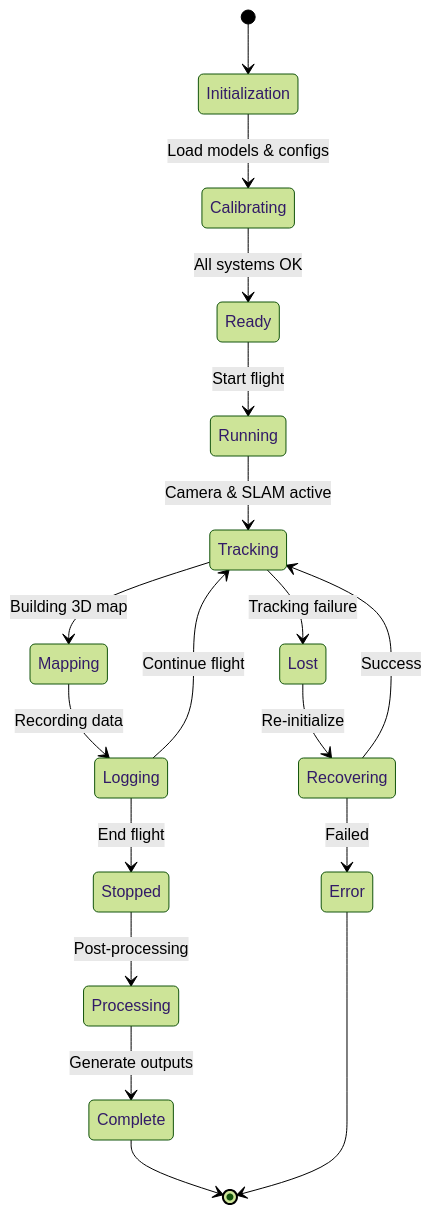
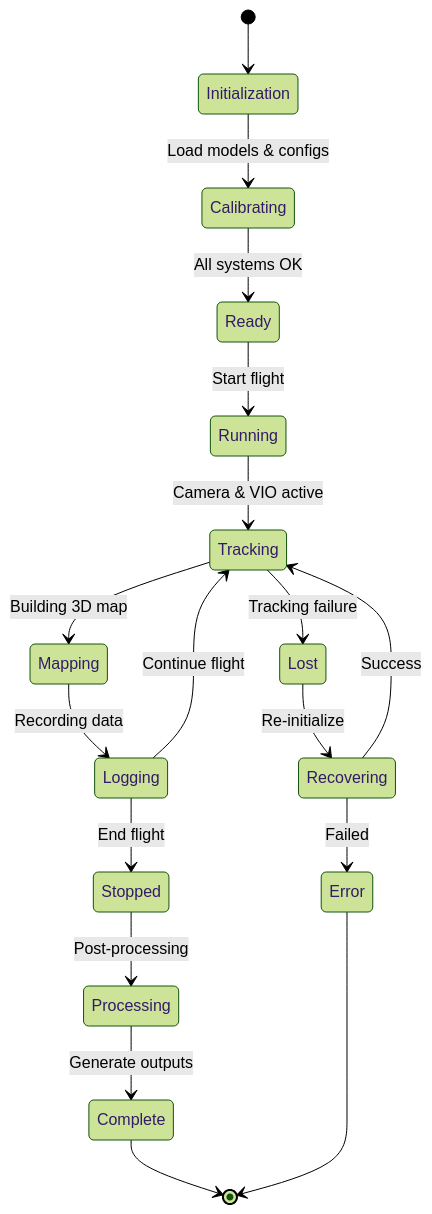
One commit to Shluo03/AirSniff changed the fifth of 6 diagrams in README.md. Above: the diagram before and after it, drawn with Mermaid (forest theme). The commit also changed other lines of this file, not shown here.

````diff
--- a/README.md
+++ b/README.md
@@ -137,24 +137,24 @@
 ```mermaid
 stateDiagram-v2
     [*] --> Initialization
     Initialization --> Calibrating: Load models & configs
     Calibrating --> Ready: All systems OK
     
     Ready --> Running: Start flight
-    Running --> Tracking: Camera & SLAM active
+    Running --> Tracking: Camera & VIO active
     Tracking --> Mapping: Building 3D map
     Mapping --> Logging: Recording data
     
     Logging --> Tracking: Continue flight
     Logging --> Stopped: End flight
     
     Stopped --> Processing: Post-processing
     Processing --> Complete: Generate outputs
     Complete --> [*]
     
     Tracking --> Lost: Tracking failure
     Lost --> Recovering: Re-initialize
     Recovering --> Tracking: Success
     Recovering --> Error: Failed
     Error --> [*]
 ```
````
